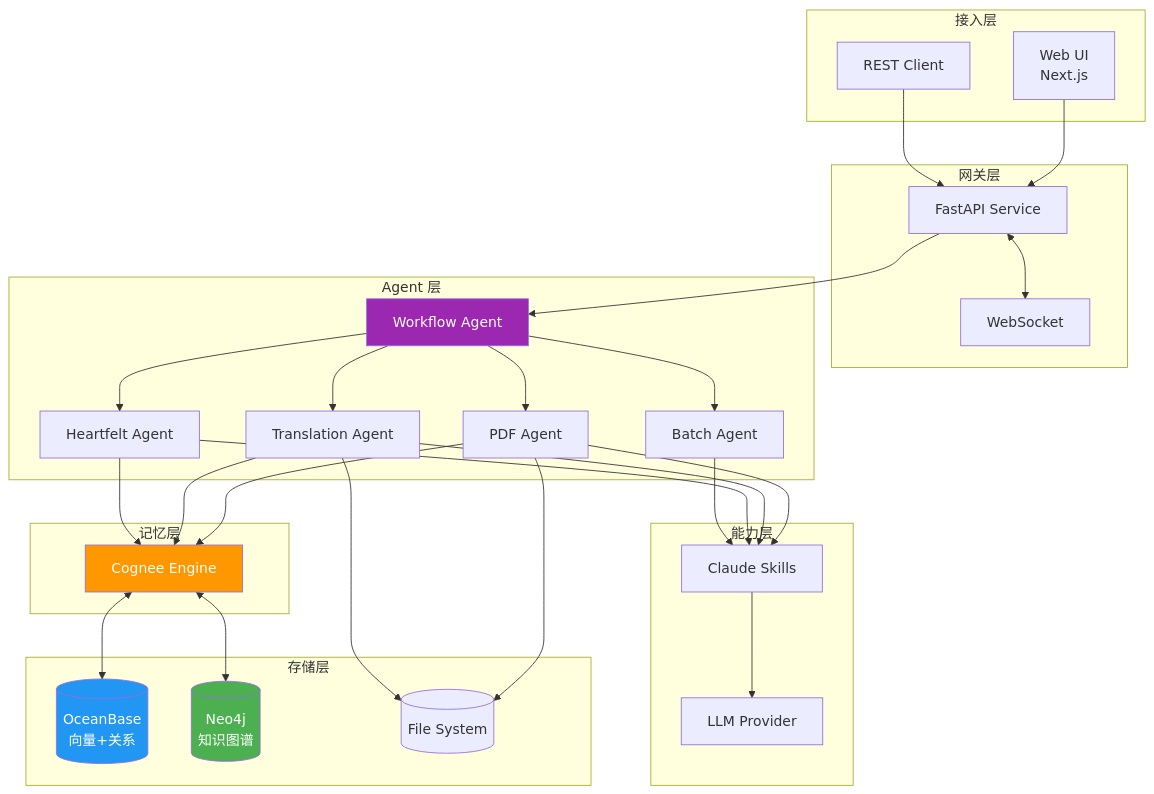
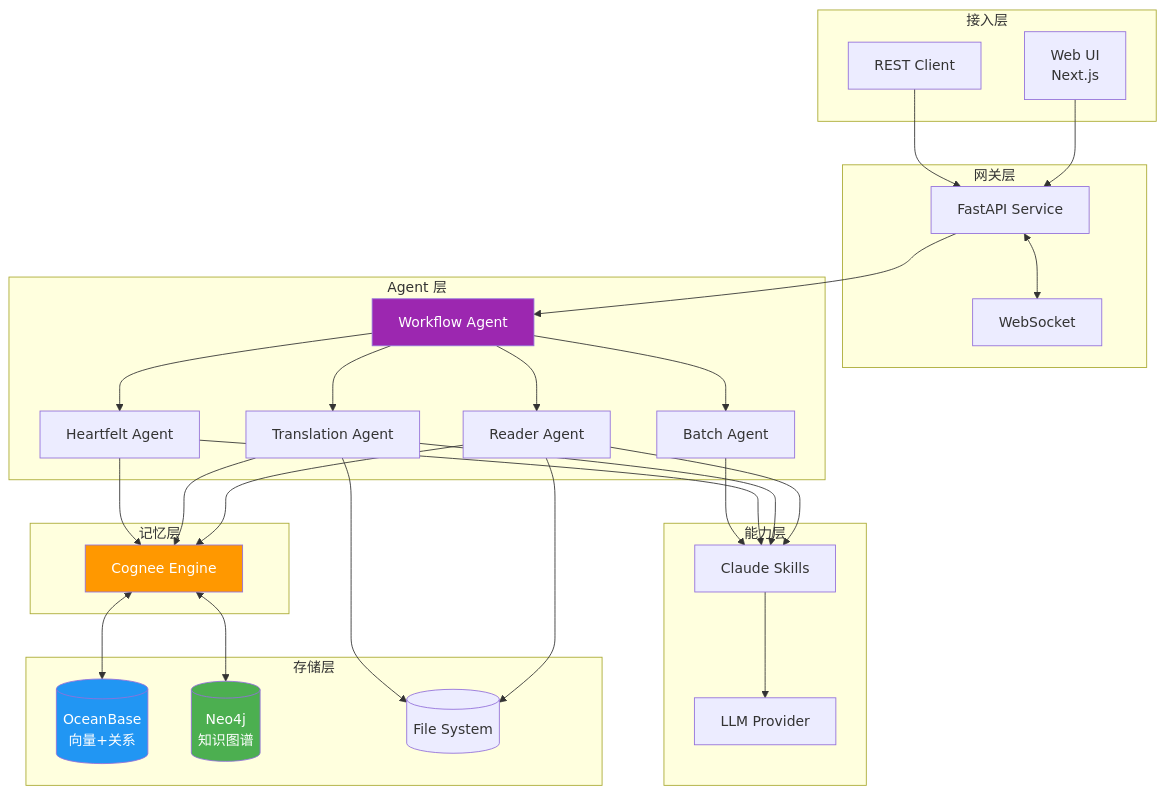
Diagram 11 of 12 in docs/000-prd.md (ThreeFish-AI/agentic-ai-cognizes), drawn with Mermaid before and after one commit. The commit also changed other lines of this file and 2 other files, not shown here.

````diff
--- a/docs/000-prd.md
+++ b/docs/000-prd.md
@@ -532,50 +542,50 @@
 ```mermaid
 flowchart TD
     subgraph "接入层"
         WebUI[Web UI<br/>Next.js]
         API_Client[REST Client]
     end
 
     subgraph "网关层"
         FastAPI[FastAPI Service]
         WS[WebSocket]
     end
 
     subgraph "Agent 层"
         WA[Workflow Agent]
-        PA[PDF Agent]
+        RA[Reader Agent]
         TA[Translation Agent]
         HA[Heartfelt Agent]
         BA[Batch Agent]
     end
 
     subgraph "能力层"
         Skills[Claude Skills]
         LLM[LLM Provider]
     end
 
     subgraph "记忆层"
         Cognee[Cognee Engine]
     end
 
     subgraph "存储层"
         OB[(OceanBase<br/>向量+关系)]
         Neo[(Neo4j<br/>知识图谱)]
         FS[(File System)]
     end
 
     WebUI & API_Client --> FastAPI
     FastAPI <--> WS
     FastAPI --> WA
-    WA --> PA & TA & HA & BA
-    PA & TA & HA & BA --> Skills
+    WA --> RA & TA & HA & BA
+    RA & TA & HA & BA --> Skills
     Skills --> LLM
-    PA & TA & HA --> Cognee
+    RA & TA & HA --> Cognee
     Cognee <--> OB & Neo
-    PA & TA --> FS
+    RA & TA --> FS
 
     style WA fill:#9c27b0,color:#fff
     style Cognee fill:#ff9800,color:#fff
     style OB fill:#2196f3,color:#fff
     style Neo fill:#4caf50,color:#fff
 ```
````
